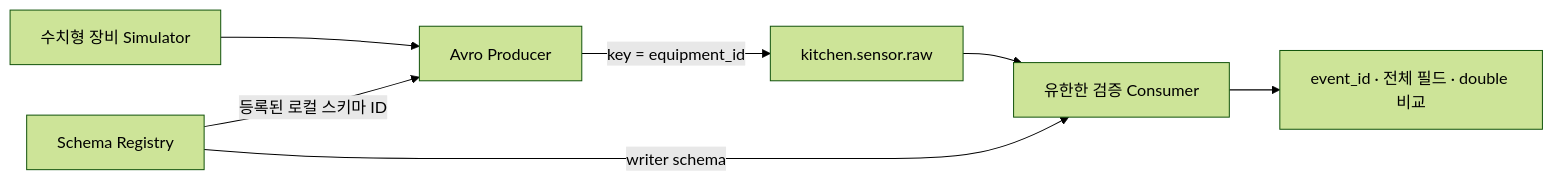
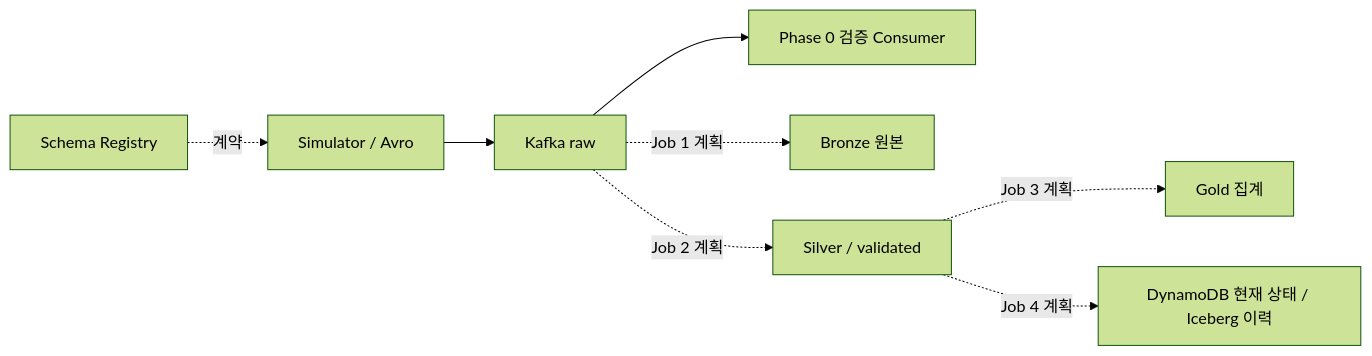
One commit to yccs-26/kitchen_to_digital changed the diagram in README.md. Above: the diagram before and after it, drawn with Mermaid (forest theme). The commit also changed other lines of this file and 19 other files, not shown here.

````diff
--- a/README.md
+++ b/README.md
@@ -8,9 +12,10 @@
 ```mermaid
 flowchart LR
-    A[수치형 장비 Simulator] --> B[Avro Producer]
-    R[Schema Registry] -->|등록된 로컬 스키마 ID| B
-    B -->|key = equipment_id| K[kitchen.sensor.raw]
-    K --> C[유한한 검증 Consumer]
-    R -->|writer schema| C
-    C --> D[event_id · 전체 필드 · double 비교]
+    P[Simulator / Avro] --> K[Kafka raw]
+    R[Schema Registry] -. 계약 .-> P
+    K --> C[Phase 0 검증 Consumer]
+    K -. Job 1 계획 .-> B[Bronze 원본]
+    K -. Job 2 계획 .-> S[Silver / validated]
+    S -. Job 3 계획 .-> G[Gold 집계]
+    S -. Job 4 계획 .-> T[DynamoDB 현재 상태 / Iceberg 이력]
 ```
````
